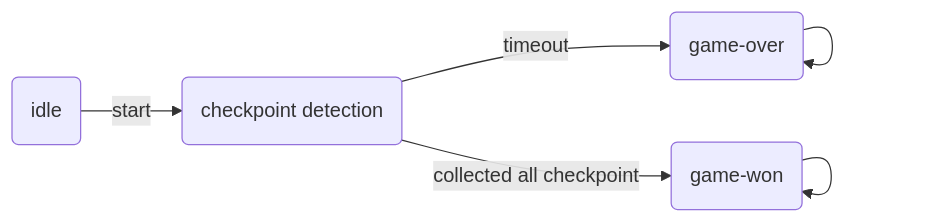
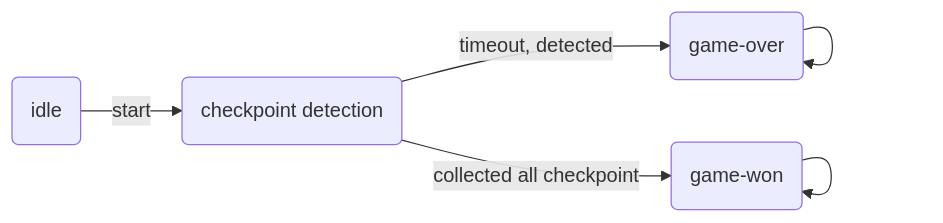
One commit to Duckietown-QuackMan/state_controller changed the second of 2 diagrams in README.md. Above: the diagram before and after it, drawn with Mermaid. The commit also changed other lines of this file, not shown here.

````diff
--- a/README.md
+++ b/README.md
@@ -68,12 +68,12 @@
 ```mermaid
 graph LR;
 cd(checkpoint detection)
 go(game-over)
 gw(game-won)
 i(idle)
 i -- start --> cd
-cd -- timeout --> go
+cd -- timeout, detected --> go
 cd -- collected all checkpoint --> gw
 gw --> gw
 go --> go
 ```
````
